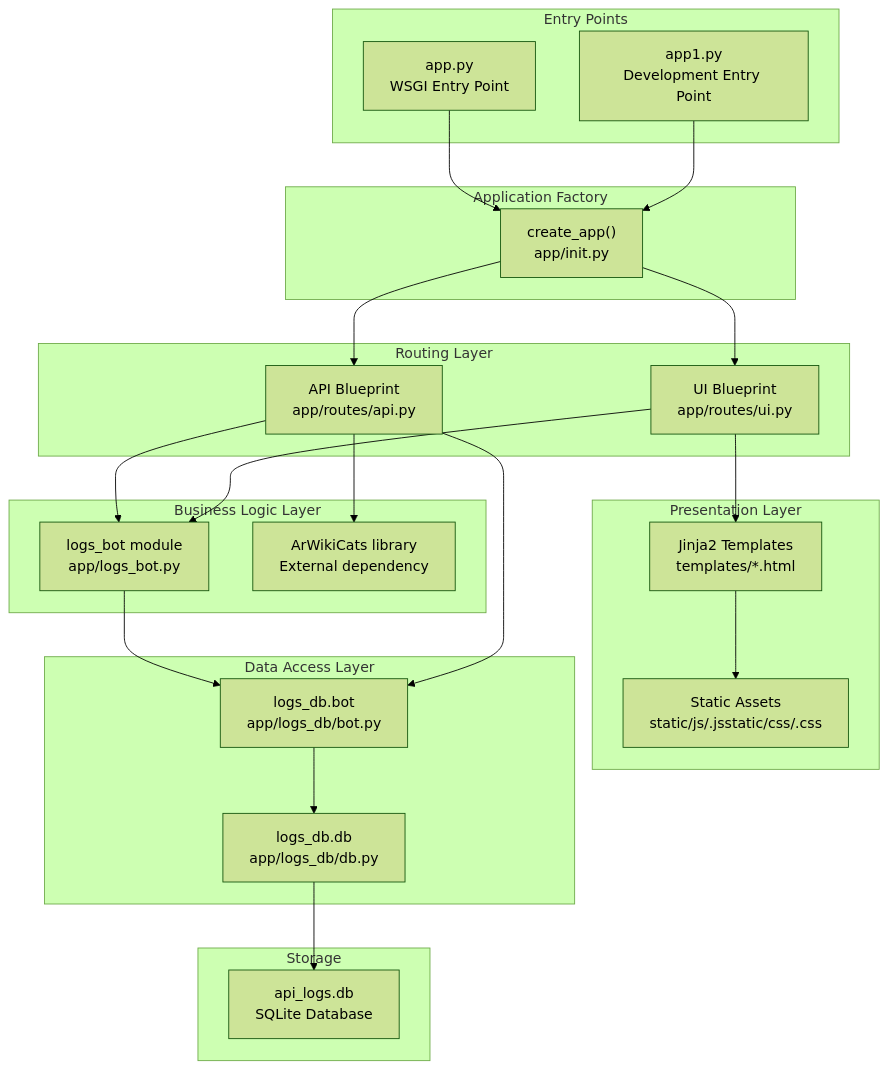
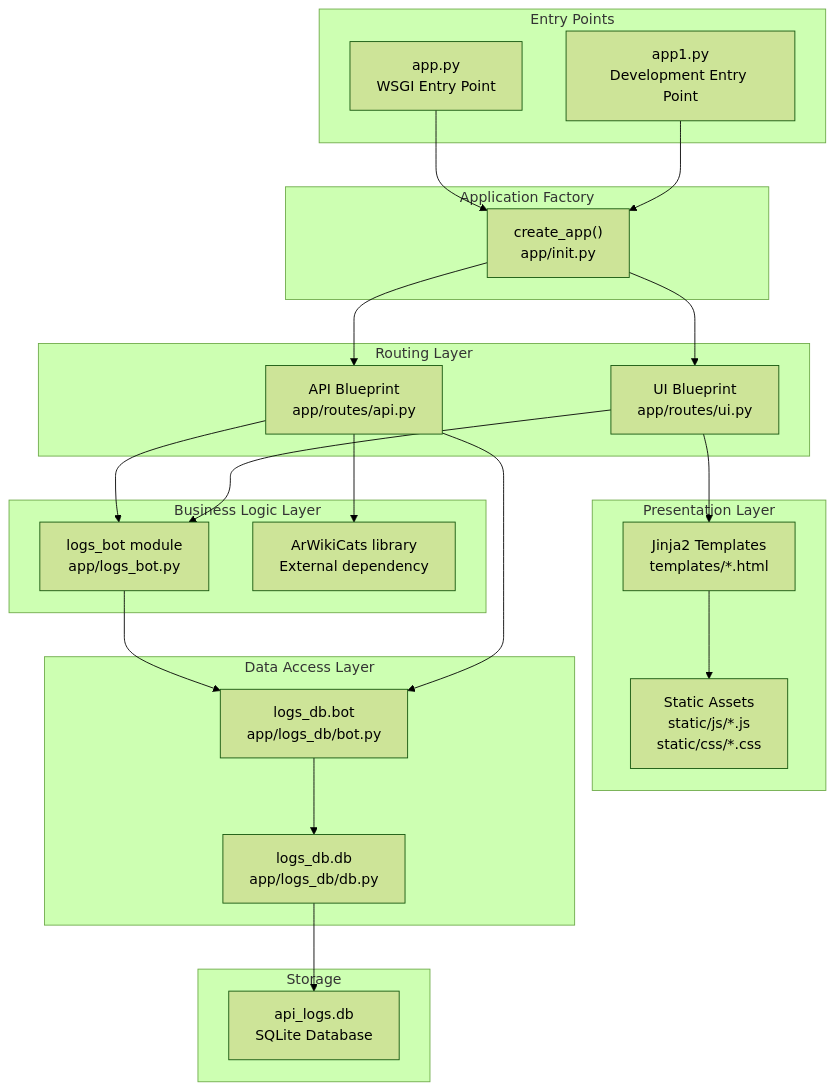
One commit to ArWikiCats/ArWikiCatsWeb changed the first of 6 diagrams in docs/2.Architecture.md. Above: the diagram before and after it, drawn with Mermaid (forest theme). The commit also changed 10 other files, not shown here.

````diff
--- a/docs/2.Architecture.md
+++ b/docs/2.Architecture.md
@@ -24,63 +24,63 @@
 ```mermaid
 flowchart TD
 
 app_py["app.py<br>WSGI Entry Point"]
 app1_py["app1.py<br>Development Entry Point"]
 create_app["create_app()<br>app/init.py"]
 api_routes["API Blueprint<br>app/routes/api.py"]
 ui_routes["UI Blueprint<br>app/routes/ui.py"]
 logs_bot["logs_bot module<br>app/logs_bot.py"]
 arwikicats["ArWikiCats library<br>External dependency"]
 logs_db_bot["logs_db.bot<br>app/logs_db/bot.py"]
 logs_db_core["logs_db.db<br>app/logs_db/db.py"]
 sqlite_db["api_logs.db<br>SQLite Database"]
 templates["Jinja2 Templates<br>templates/*.html"]
-static["Static Assets<br>static/js/.jsstatic/css/.css"]
+static["Static Assets<br>static/js/*.js<br>static/css/*.css"]
 
 app_py --> create_app
 app1_py --> create_app
 create_app --> api_routes
 create_app --> ui_routes
 api_routes --> logs_bot
 api_routes --> arwikicats
 ui_routes --> logs_bot
 ui_routes --> templates
 logs_bot --> logs_db_bot
 api_routes --> logs_db_bot
 logs_db_core --> sqlite_db
 
 subgraph subGraph6 ["Presentation Layer"]
     templates
     static
     templates --> static
 end
 
 subgraph Storage ["Storage"]
     sqlite_db
 end
 
 subgraph subGraph4 ["Data Access Layer"]
     logs_db_bot
     logs_db_core
     logs_db_bot --> logs_db_core
 end
 
 subgraph subGraph3 ["Business Logic Layer"]
     logs_bot
     arwikicats
 end
 
 subgraph subGraph2 ["Routing Layer"]
     api_routes
     ui_routes
 end
 
 subgraph subGraph1 ["Application Factory"]
     create_app
 end
 
 subgraph subGraph0 ["Entry Points"]
     app_py
     app1_py
 end
 ```
````
